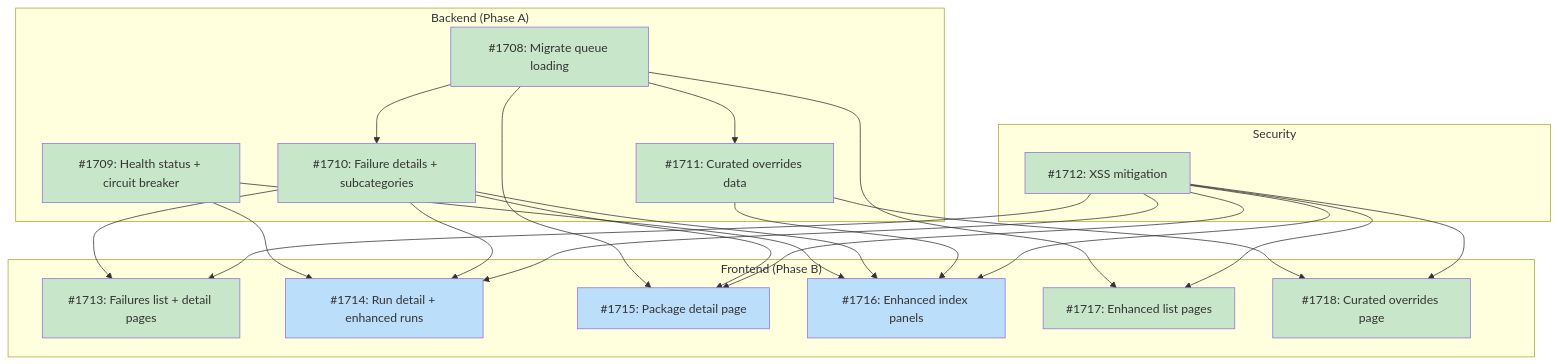
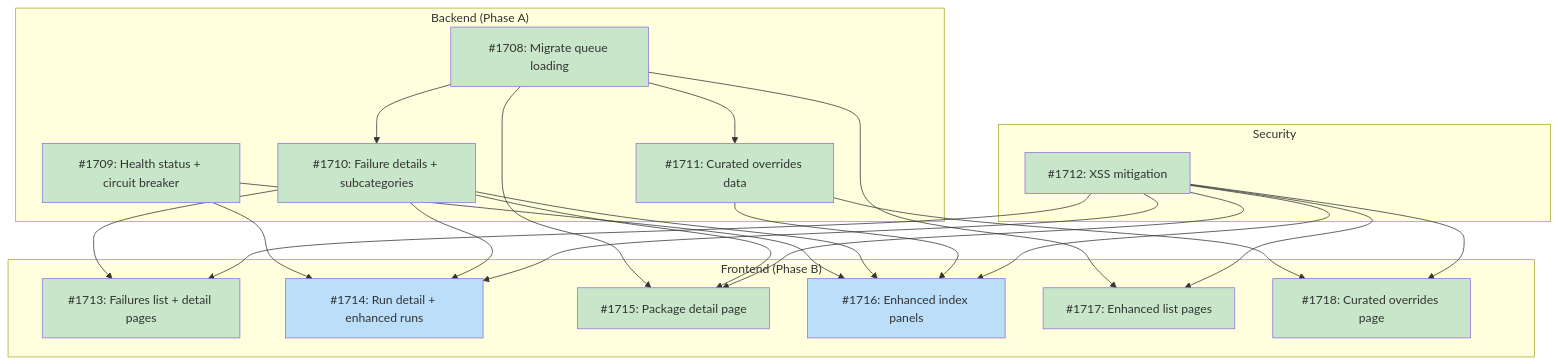
Before and after one commit to tsukumogami/tsuku: the first of 3 diagrams in docs/designs/DESIGN-dashboard-observability.md, drawn with Mermaid. The commit also changed other lines of this file, not shown here.

Commit message:
docs: mark #1715 done in design doc
Update dashboard-observability design doc: strikethrough #1715 in issues
table, mark I1715 done in dependency diagram. No downstream unblocks
(#1715 is a leaf node).

````diff
--- a/docs/designs/DESIGN-dashboard-observability.md
+++ b/docs/designs/DESIGN-dashboard-observability.md
@@ -67,49 +67,49 @@
 ```mermaid
 graph TD
     subgraph Backend["Backend (Phase A)"]
         I1708["#1708: Migrate queue loading"]
         I1709["#1709: Health status + circuit breaker"]
         I1710["#1710: Failure details + subcategories"]
         I1711["#1711: Curated overrides data"]
     end
 
     subgraph Security["Security"]
         I1712["#1712: XSS mitigation"]
     end
 
     subgraph Frontend["Frontend (Phase B)"]
         I1713["#1713: Failures list + detail pages"]
         I1714["#1714: Run detail + enhanced runs"]
         I1715["#1715: Package detail page"]
         I1716["#1716: Enhanced index panels"]
         I1717["#1717: Enhanced list pages"]
         I1718["#1718: Curated overrides page"]
     end
 
     I1708 --> I1710
     I1708 --> I1711
     I1708 --> I1715
     I1708 --> I1717
     I1710 --> I1713
     I1712 --> I1713
     I1709 --> I1714
     I1710 --> I1714
     I1712 --> I1714
     I1710 --> I1715
     I1712 --> I1715
     I1709 --> I1716
     I1710 --> I1716
     I1711 --> I1716
     I1712 --> I1716
     I1712 --> I1717
     I1711 --> I1718
     I1712 --> I1718
 
     classDef done fill:#c8e6c9
     classDef ready fill:#bbdefb
     classDef blocked fill:#fff9c4
     classDef needsDesign fill:#e1bee7
 
-    class I1708,I1709,I1710,I1711,I1712,I1713,I1717,I1718 done
-    class I1714,I1715,I1716 ready
+    class I1708,I1709,I1710,I1711,I1712,I1713,I1715,I1717,I1718 done
+    class I1714,I1716 ready
 ```
````
